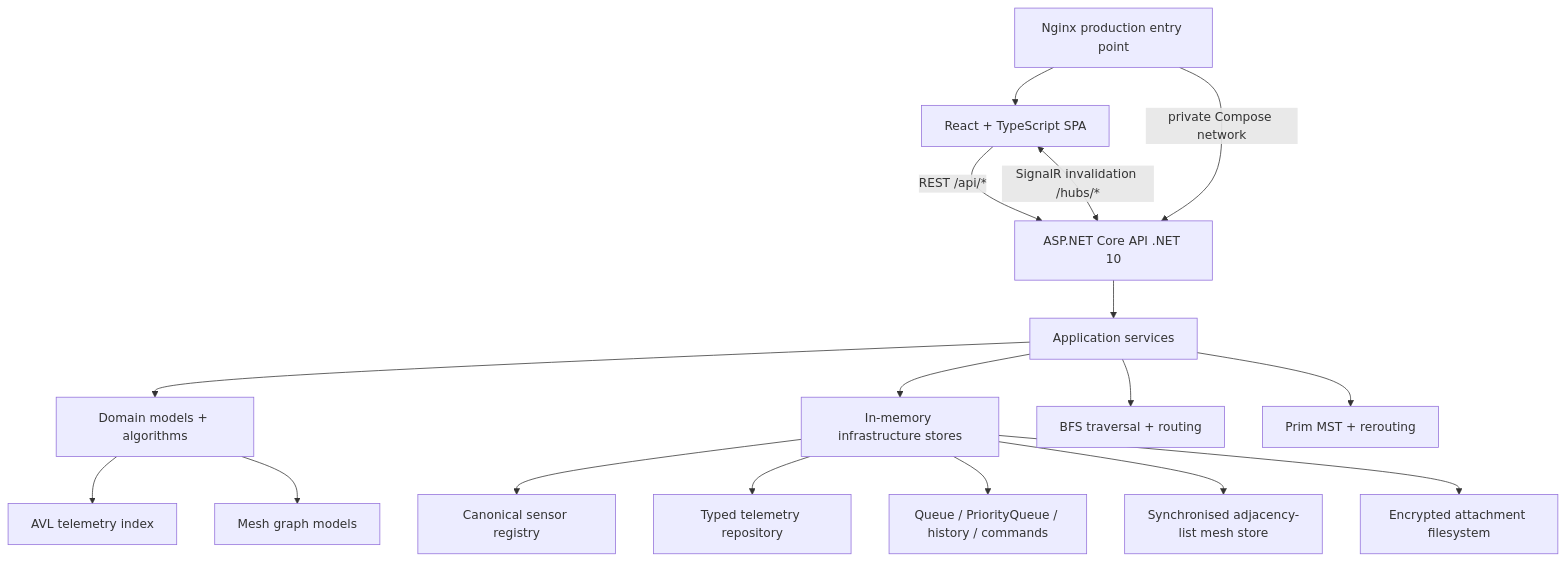
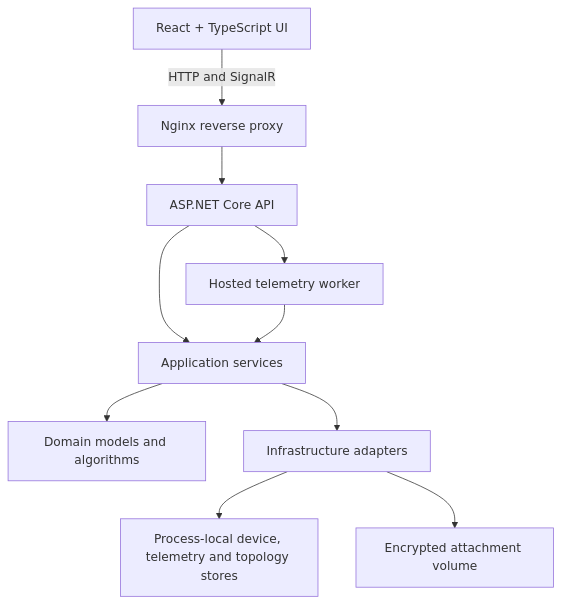
The diagram in README.md (ST10437403-JamesMaherry/SMART-X), drawn with Mermaid before and after one commit. The commit also changed other lines of this file, not shown here.

````diff
--- a/README.md
+++ b/README.md
@@ -50,23 +29,12 @@
 ```mermaid
 flowchart TB
-    UI[React + TypeScript SPA] -->|REST /api/*| API[ASP.NET Core API .NET 10]
-    UI <-->|SignalR invalidation /hubs/*| API
-
-    API --> APP[Application services]
-    APP --> DOMAIN[Domain models + algorithms]
-    APP --> INFRA[In-memory infrastructure stores]
-
-    DOMAIN --> AVL[AVL telemetry index]
-    DOMAIN --> GRAPH[Mesh graph models]
-    APP --> BFS[BFS traversal + routing]
-    APP --> PRIM[Prim MST + rerouting]
-
-    INFRA --> SENSOR[Canonical sensor registry]
-    INFRA --> TELEMETRY[Typed telemetry repository]
-    INFRA --> REALTIME[Queue / PriorityQueue / history / commands]
-    INFRA --> MESH[Synchronised adjacency-list mesh store]
-    INFRA --> FILES[Encrypted attachment filesystem]
-
-    NGINX[Nginx production entry point] --> UI
-    NGINX -->|private Compose network| API
+    Browser[React + TypeScript UI] -->|HTTP and SignalR| Proxy[Nginx reverse proxy]
+    Proxy --> API[ASP.NET Core API]
+    API --> App[Application services]
+    App --> Domain[Domain models and algorithms]
+    App --> Infra[Infrastructure adapters]
+    Infra --> Memory[Process-local device, telemetry and topology stores]
+    Infra --> Files[Encrypted attachment volume]
+    API --> Worker[Hosted telemetry worker]
+    Worker --> App
 ```
````
